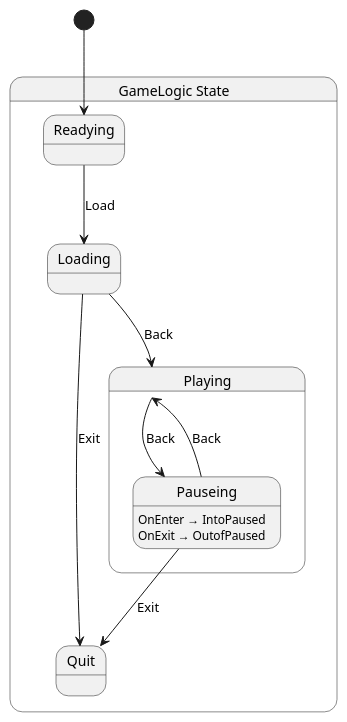
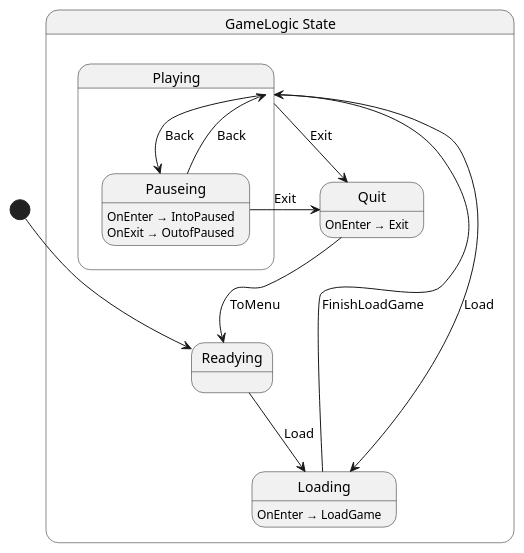
Before and after one commit to L-Bromine/Nanomachine: the diagram in src/game/state/GameLogic.g.puml, drawn with PlantUML. The commit also changed 14 other files, not shown here.

First line of the commit message:
Refactor game exit and loading logic

```diff
--- a/src/game/state/GameLogic.g.puml
+++ b/src/game/state/GameLogic.g.puml
@@ -1,22 +1,26 @@
 @startuml GameLogic
 state "GameLogic State" as Nanomachine_GameLogic_State {
   state "Loading" as Nanomachine_GameLogic_State_Loading
   state "Playing" as Nanomachine_GameLogic_State_Playing {
     state "Pauseing" as Nanomachine_GameLogic_State_Pauseing
   }
   state "Quit" as Nanomachine_GameLogic_State_Quit
   state "Readying" as Nanomachine_GameLogic_State_Readying
 }
 
-Nanomachine_GameLogic_State_Loading --> Nanomachine_GameLogic_State_Playing : Back
-Nanomachine_GameLogic_State_Loading --> Nanomachine_GameLogic_State_Quit : Exit
+Nanomachine_GameLogic_State_Loading --> Nanomachine_GameLogic_State_Playing : FinishLoadGame
 Nanomachine_GameLogic_State_Pauseing --> Nanomachine_GameLogic_State_Playing : Back
 Nanomachine_GameLogic_State_Pauseing --> Nanomachine_GameLogic_State_Quit : Exit
+Nanomachine_GameLogic_State_Playing --> Nanomachine_GameLogic_State_Loading : Load
 Nanomachine_GameLogic_State_Playing --> Nanomachine_GameLogic_State_Pauseing : Back
+Nanomachine_GameLogic_State_Playing --> Nanomachine_GameLogic_State_Quit : Exit
+Nanomachine_GameLogic_State_Quit --> Nanomachine_GameLogic_State_Readying : ToMenu
 Nanomachine_GameLogic_State_Readying --> Nanomachine_GameLogic_State_Loading : Load
 
+Nanomachine_GameLogic_State_Loading : OnEnter → LoadGame
 Nanomachine_GameLogic_State_Pauseing : OnEnter → IntoPaused
 Nanomachine_GameLogic_State_Pauseing : OnExit → OutofPaused
+Nanomachine_GameLogic_State_Quit : OnEnter → Exit
 
 [*] --> Nanomachine_GameLogic_State_Readying
 @enduml
```
